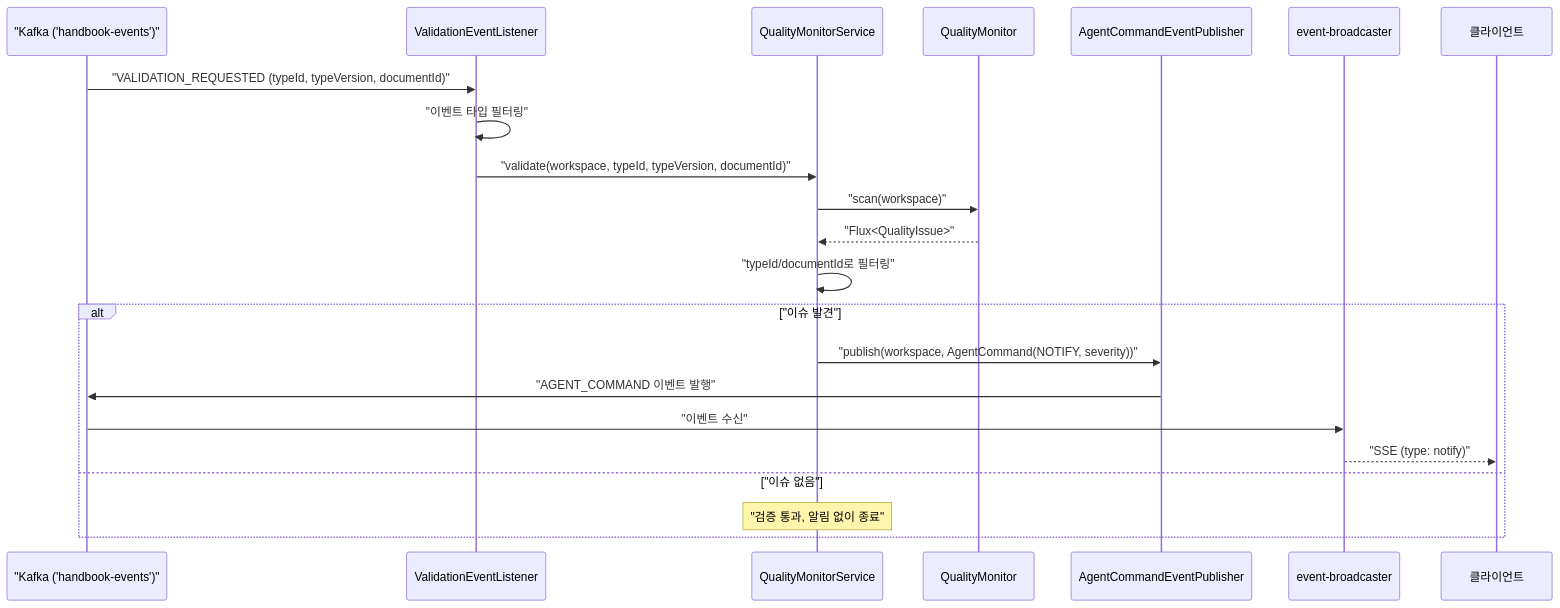
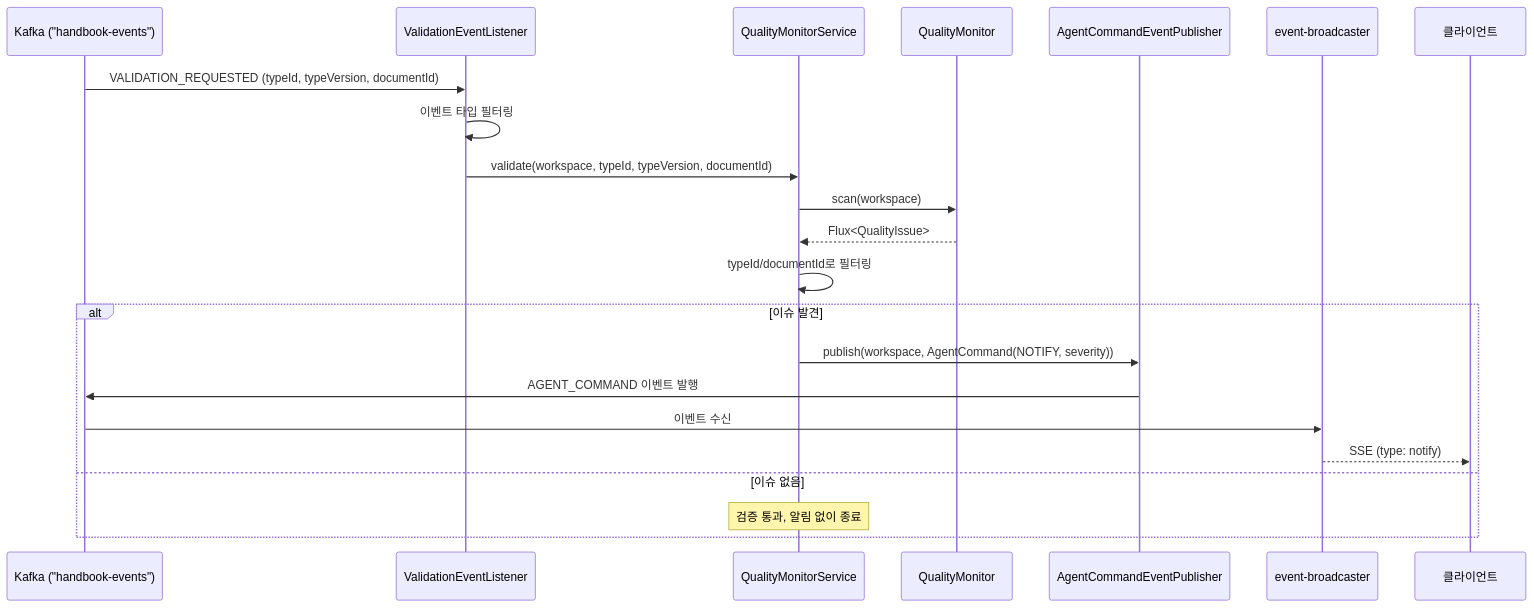
One commit to sayaya1090/handbook changed diagram 11 of 13 in assistant/USECASE.md. Above: the diagram before and after it, drawn with Mermaid. The commit also changed other lines of this file and 58 other files, not shown here.

````diff
--- a/assistant/USECASE.md
+++ b/assistant/USECASE.md
@@ -383,25 +383,25 @@
 ```mermaid
 sequenceDiagram
-    participant K as "Kafka ('handbook-events')"
+    participant K as Kafka ("handbook-events")
     participant Listener as ValidationEventListener
     participant QMS as QualityMonitorService
     participant QM as QualityMonitor
     participant Pub as AgentCommandEventPublisher
     participant EB as event-broadcaster
     participant UI as 클라이언트
 
-    K->>Listener: "VALIDATION_REQUESTED (typeId, typeVersion, documentId)"
-    Listener->>Listener: "이벤트 타입 필터링"
-    Listener->>QMS: "validate(workspace, typeId, typeVersion, documentId)"
-    QMS->>QM: "scan(workspace)"
-    QM-->>QMS: "Flux<QualityIssue>"
-    QMS->>QMS: "typeId/documentId로 필터링"
-    alt "이슈 발견"
-        QMS->>Pub: "publish(workspace, AgentCommand(NOTIFY, severity))"
-        Pub->>K: "AGENT_COMMAND 이벤트 발행"
-        K->>EB: "이벤트 수신"
-        EB-->>UI: "SSE (type: notify)"
-    else "이슈 없음"
-        Note over QMS: "검증 통과, 알림 없이 종료"
+    K->>Listener: VALIDATION_REQUESTED (typeId, typeVersion, documentId)
+    Listener->>Listener: 이벤트 타입 필터링
+    Listener->>QMS: validate(workspace, typeId, typeVersion, documentId)
+    QMS->>QM: scan(workspace)
+    QM-->>QMS: Flux<QualityIssue>
+    QMS->>QMS: typeId/documentId로 필터링
+    alt 이슈 발견
+        QMS->>Pub: publish(workspace, AgentCommand(NOTIFY, severity))
+        Pub->>K: AGENT_COMMAND 이벤트 발행
+        K->>EB: 이벤트 수신
+        EB-->>UI: SSE (type: notify)
+    else 이슈 없음
+        Note over QMS: 검증 통과, 알림 없이 종료
     end
 ```
````
